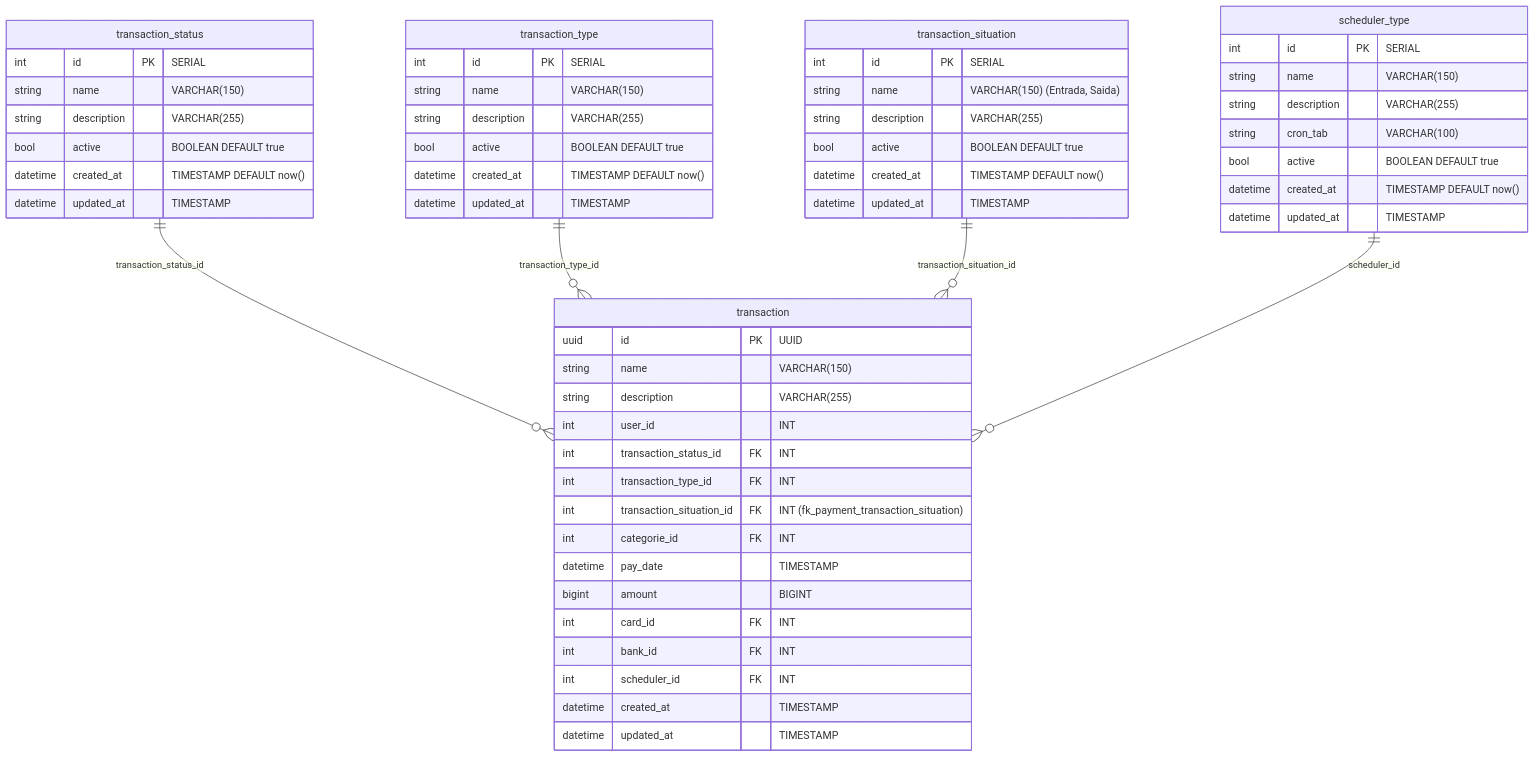
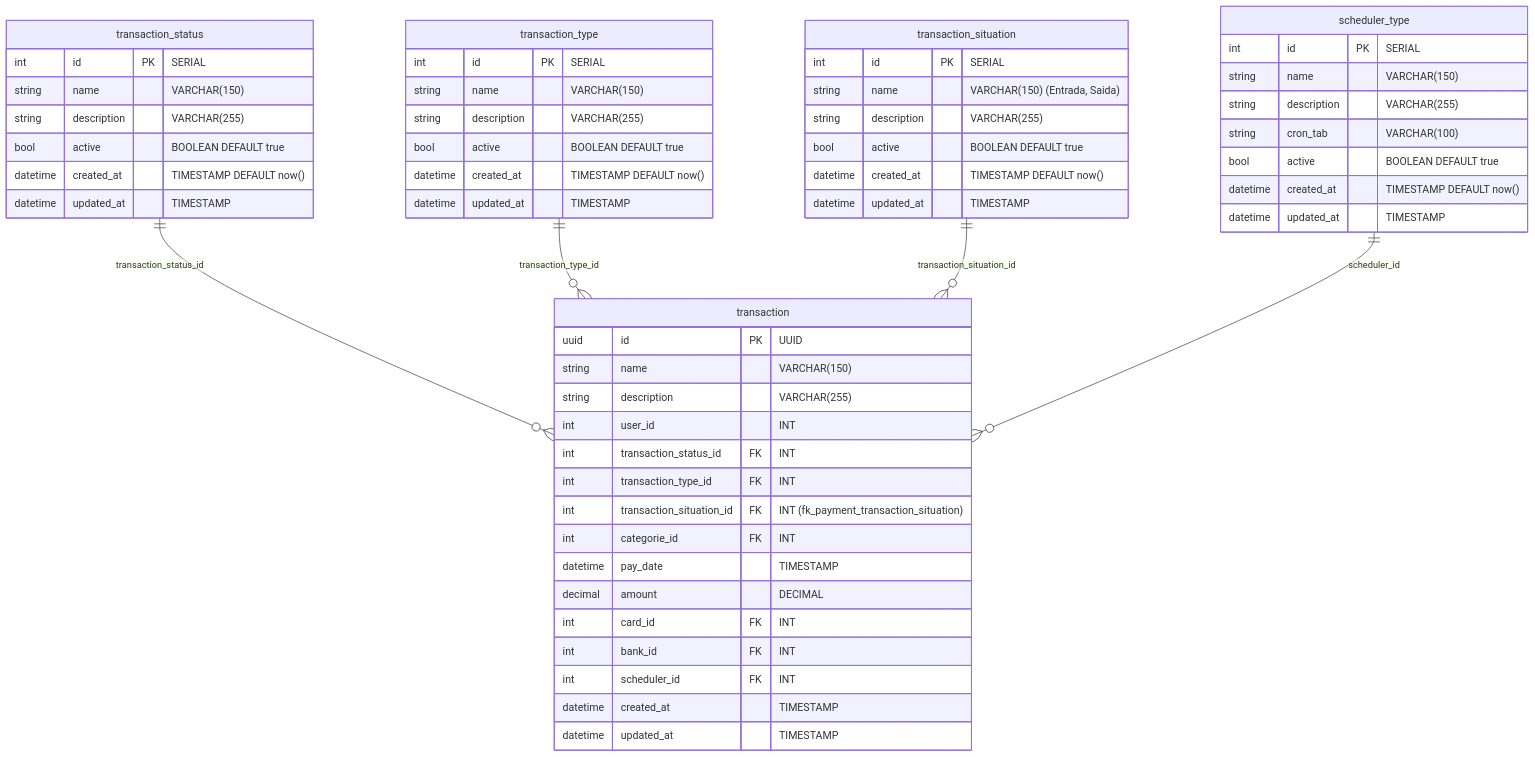
Before and after one commit to pedrovtof/Nievo-easy-fin: the fifth of 5 diagrams in docs/config/docs/content/ArquiteturaSistema/banco_de_dados.md, drawn with Mermaid. The commit also changed other lines of this file and 20 other files, not shown here.

````diff
--- a/docs/config/docs/content/ArquiteturaSistema/banco_de_dados.md
+++ b/docs/config/docs/content/ArquiteturaSistema/banco_de_dados.md
@@ -269,62 +269,62 @@
 ```mermaid
 erDiagram
     transaction_status ||--o{ transaction : "transaction_status_id"
     transaction_type ||--o{ transaction : "transaction_type_id"
     transaction_situation ||--o{ transaction : "transaction_situation_id"
     scheduler_type ||--o{ transaction : "scheduler_id"
 
     transaction_situation {
         int id PK "SERIAL"
         string name "VARCHAR(150) (Entrada, Saida)"
         string description "VARCHAR(255)"
         bool active "BOOLEAN DEFAULT true"
         datetime created_at "TIMESTAMP DEFAULT now()"
         datetime updated_at "TIMESTAMP"
     }
 
     transaction_status {
         int id PK "SERIAL"
         string name "VARCHAR(150)"
         string description "VARCHAR(255)"
         bool active "BOOLEAN DEFAULT true"
         datetime created_at "TIMESTAMP DEFAULT now()"
         datetime updated_at "TIMESTAMP"
     }
 
     transaction_type {
         int id PK "SERIAL"
         string name "VARCHAR(150)"
         string description "VARCHAR(255)"
         bool active "BOOLEAN DEFAULT true"
         datetime created_at "TIMESTAMP DEFAULT now()"
         datetime updated_at "TIMESTAMP"
     }
 
     scheduler_type {
         int id PK "SERIAL"
         string name "VARCHAR(150)"
         string description "VARCHAR(255)"
         string cron_tab "VARCHAR(100)"
         bool active "BOOLEAN DEFAULT true"
         datetime created_at "TIMESTAMP DEFAULT now()"
         datetime updated_at "TIMESTAMP"
     }
 
     transaction {
         uuid id PK "UUID"
         string name "VARCHAR(150)"
         string description "VARCHAR(255)"
         int user_id "INT"
         int transaction_status_id FK "INT"
         int transaction_type_id FK "INT"
         int transaction_situation_id FK "INT (fk_payment_transaction_situation)"
         int categorie_id FK "INT"
         datetime pay_date "TIMESTAMP"
-        bigint amount "BIGINT"
+        decimal amount "DECIMAL"
         int card_id FK "INT"
         int bank_id FK "INT"
         int scheduler_id FK "INT"
         datetime created_at "TIMESTAMP"
         datetime updated_at "TIMESTAMP"
     }
 ```
````
